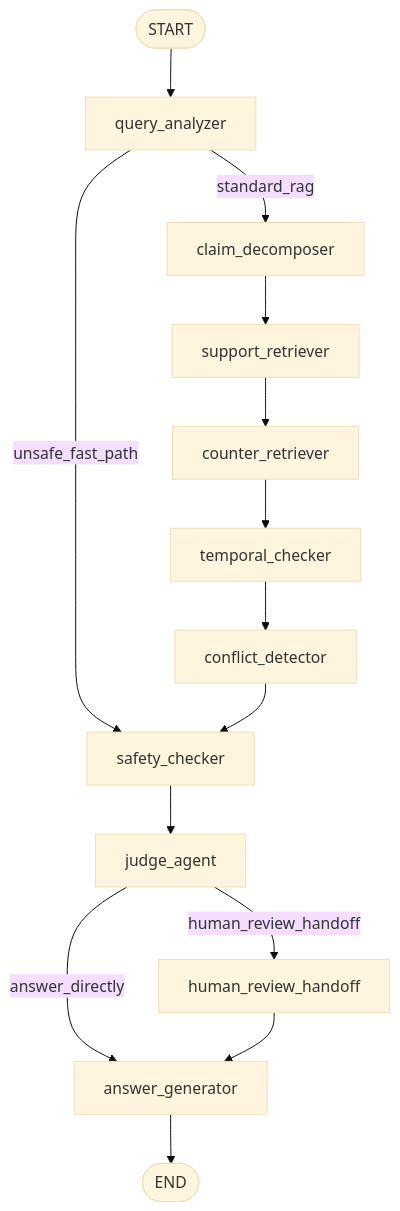
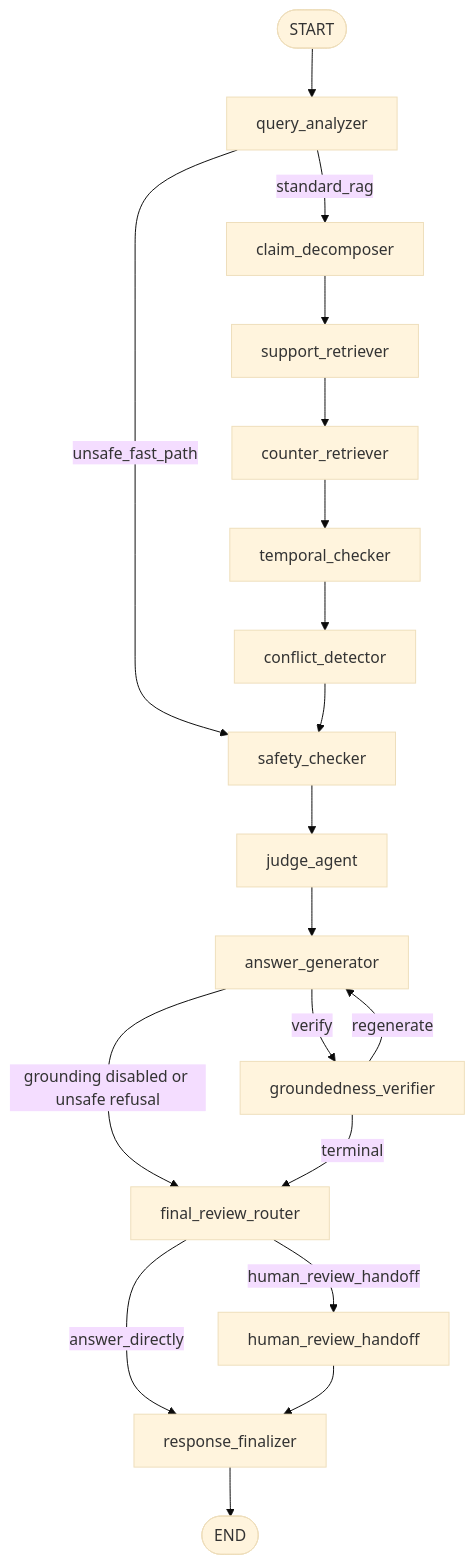
One commit to JassonG-xt/Trust-RAG-Accounting changed the second of 6 diagrams in docs/architecture.md. Above: the diagram before and after it, drawn with Mermaid (base theme). The commit also changed other lines of this file and 21 other files, not shown here.

Commit message:
fix(graph): route post-generation abstentions through review (#28)

````diff
--- a/docs/architecture.md
+++ b/docs/architecture.md
@@ -51,16 +51,21 @@
 ```mermaid
 flowchart TD
     START([START]) --> Q[query_analyzer]
     Q -->|unsafe_fast_path| SC[safety_checker]
     Q -->|standard_rag| CD[claim_decomposer]
     CD --> SR[support_retriever]
     SR --> CR[counter_retriever]
     CR --> TC[temporal_checker]
     TC --> CF[conflict_detector]
     CF --> SC
     SC --> JA[judge_agent]
-    JA -->|human_review_handoff| HR[human_review_handoff]
-    JA -->|answer_directly| AG[answer_generator]
-    HR --> AG
-    AG --> END([END])
+    JA --> AG[answer_generator]
+    AG -->|grounding disabled or unsafe refusal| FR[final_review_router]
+    AG -->|verify| GV[groundedness_verifier]
+    GV -->|regenerate| AG
+    GV -->|terminal| FR
+    FR -->|human_review_handoff| HR[human_review_handoff]
+    FR -->|answer_directly| RF[response_finalizer]
+    HR --> RF
+    RF --> END([END])
 ```
````
